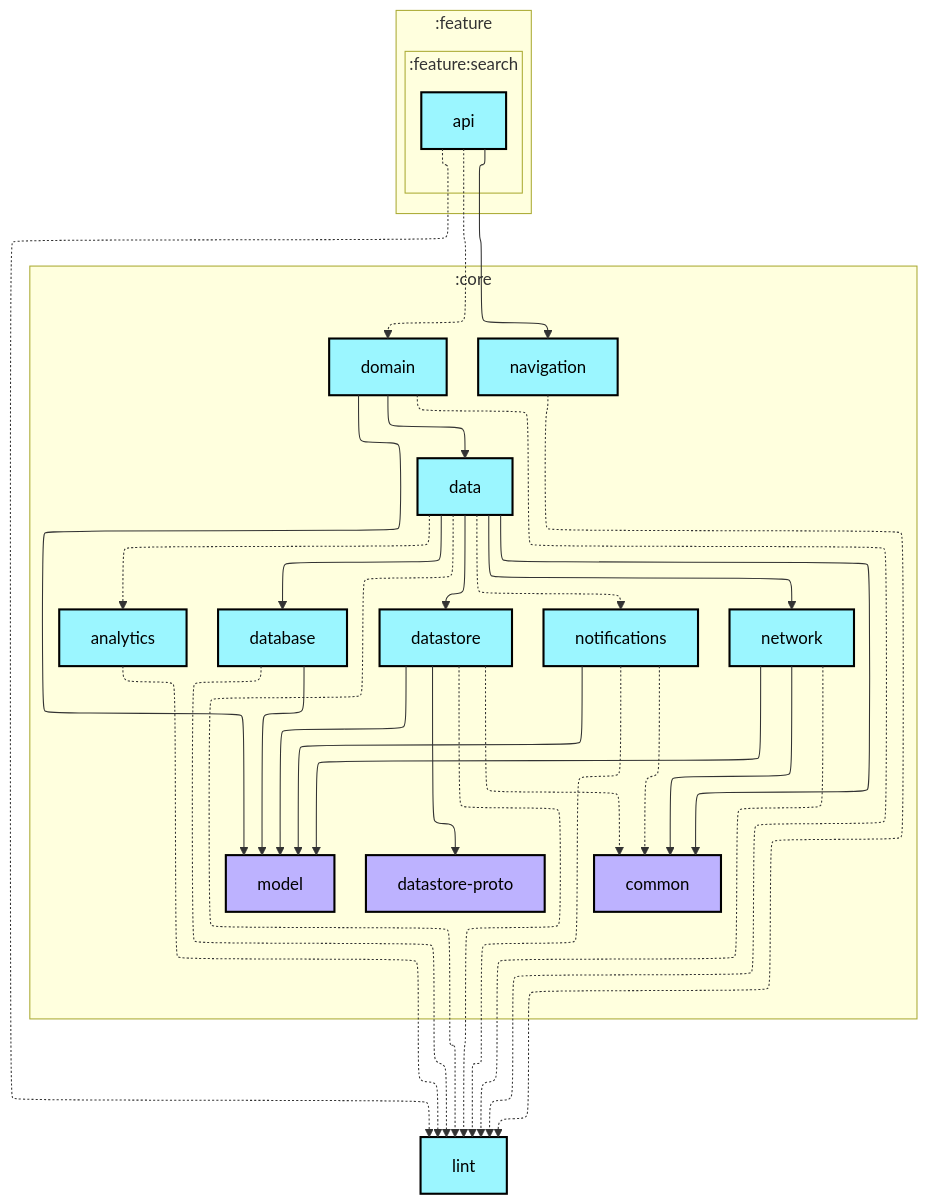
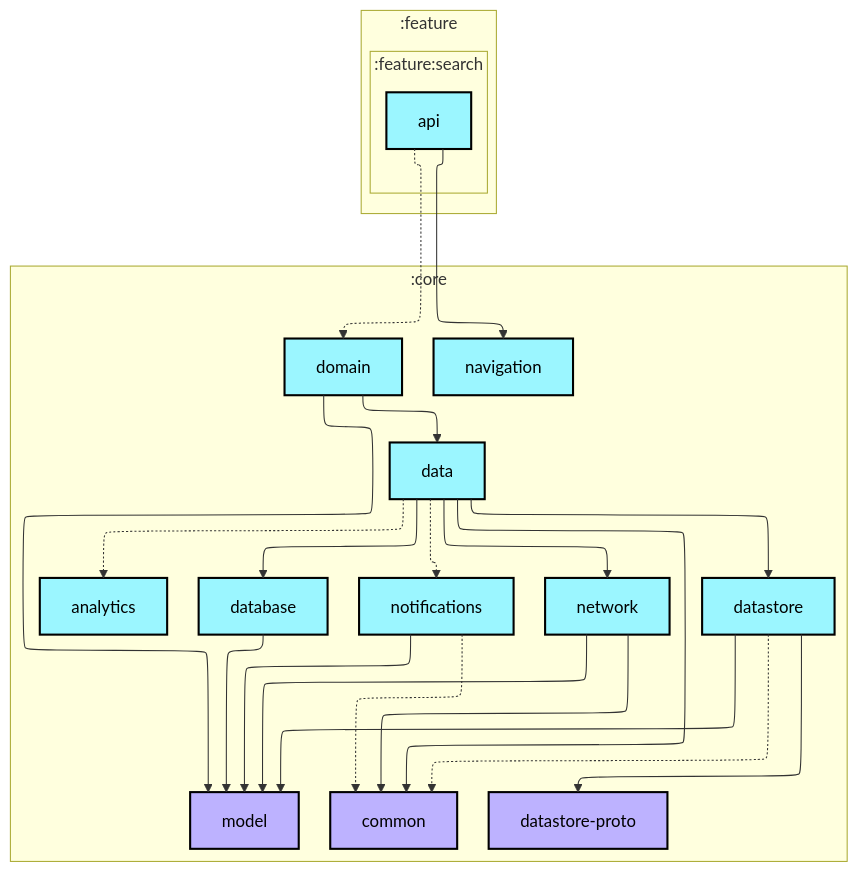
One commit to android/nowinandroid changed the first of 2 diagrams in feature/search/api/README.md. Above: the diagram before and after it, drawn with Mermaid. The commit also changed 30 other files, not shown here.

````diff
--- a/feature/search/api/README.md
+++ b/feature/search/api/README.md
@@ -6,66 +6,56 @@
 ```mermaid
 ---
 config:
   layout: elk
   elk:
     nodePlacementStrategy: SIMPLE
 ---
 graph TB
   subgraph :feature
     direction TB
     subgraph :feature:search
       direction TB
       :feature:search:api[api]:::android-library
     end
   end
   subgraph :core
     direction TB
     :core:analytics[analytics]:::android-library
     :core:common[common]:::jvm-library
     :core:data[data]:::android-library
     :core:database[database]:::android-library
     :core:datastore[datastore]:::android-library
     :core:datastore-proto[datastore-proto]:::jvm-library
     :core:domain[domain]:::android-library
     :core:model[model]:::jvm-library
     :core:navigation[navigation]:::android-library
     :core:network[network]:::android-library
     :core:notifications[notifications]:::android-library
   end
-  :lint[lint]:::android-library
 
-  :core:analytics -.-> :lint
   :core:data -.-> :core:analytics
   :core:data --> :core:common
   :core:data --> :core:database
   :core:data --> :core:datastore
   :core:data --> :core:network
   :core:data -.-> :core:notifications
-  :core:data -.-> :lint
   :core:database --> :core:model
-  :core:database -.-> :lint
   :core:datastore -.-> :core:common
   :core:datastore --> :core:datastore-proto
   :core:datastore --> :core:model
-  :core:datastore -.-> :lint
   :core:domain --> :core:data
   :core:domain --> :core:model
-  :core:domain -.-> :lint
-  :core:navigation -.-> :lint
   :core:network --> :core:common
   :core:network --> :core:model
-  :core:network -.-> :lint
   :core:notifications -.-> :core:common
   :core:notifications --> :core:model
-  :core:notifications -.-> :lint
   :feature:search:api -.-> :core:domain
   :feature:search:api --> :core:navigation
-  :feature:search:api -.-> :lint
 
 classDef android-application fill:#CAFFBF,stroke:#000,stroke-width:2px,color:#000;
 classDef android-feature fill:#FFD6A5,stroke:#000,stroke-width:2px,color:#000;
 classDef android-library fill:#9BF6FF,stroke:#000,stroke-width:2px,color:#000;
 classDef android-test fill:#A0C4FF,stroke:#000,stroke-width:2px,color:#000;
 classDef jvm-library fill:#BDB2FF,stroke:#000,stroke-width:2px,color:#000;
 classDef unknown fill:#FFADAD,stroke:#000,stroke-width:2px,color:#000;
 ```
````
